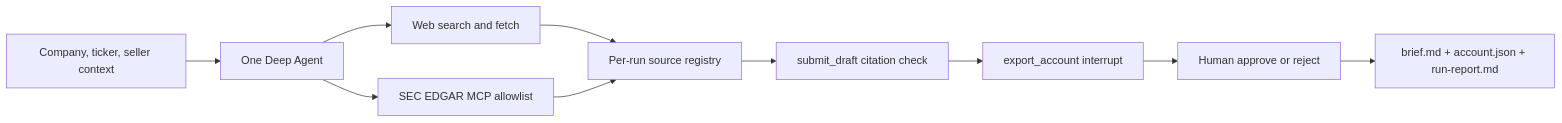
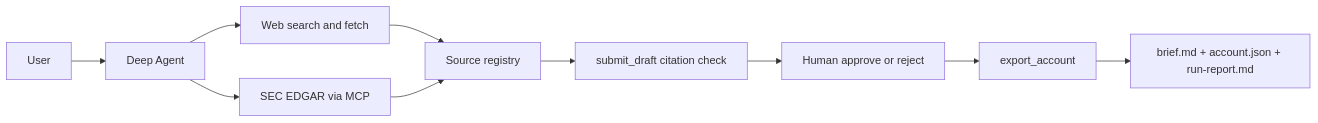
The diagram in README.md (YapingYang/account-research-agent), drawn with Mermaid before and after one commit. The commit also changed other lines of this file and 1 other file, not shown here.

````diff
--- a/README.md
+++ b/README.md
@@ -17,12 +31,12 @@
 ```mermaid
 flowchart LR
-  I[Company, ticker, seller context] --> A[One Deep Agent]
+  U[User] --> A[Deep Agent]
   A --> W[Web search and fetch]
-  A --> M[SEC EDGAR MCP allowlist]
-  W --> R[Per-run source registry]
-  M --> R
+  A --> S[SEC EDGAR via MCP]
+  W --> R[Source registry]
+  S --> R
   R --> C[submit_draft citation check]
-  C --> X[export_account interrupt]
-  X --> H[Human approve or reject]
-  H --> O[brief.md + account.json + run-report.md]
+  C --> X[Human approve or reject]
+  X --> E[export_account]
+  E --> O[brief.md + account.json + run-report.md]
 ```
````
